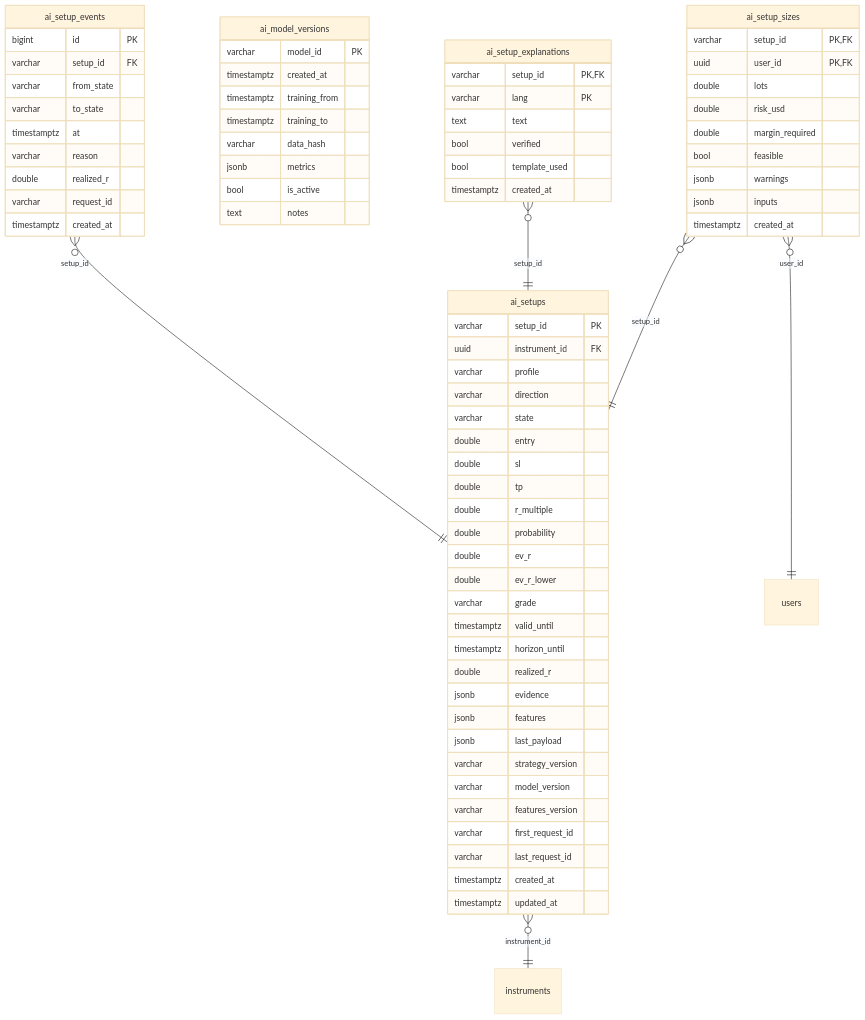
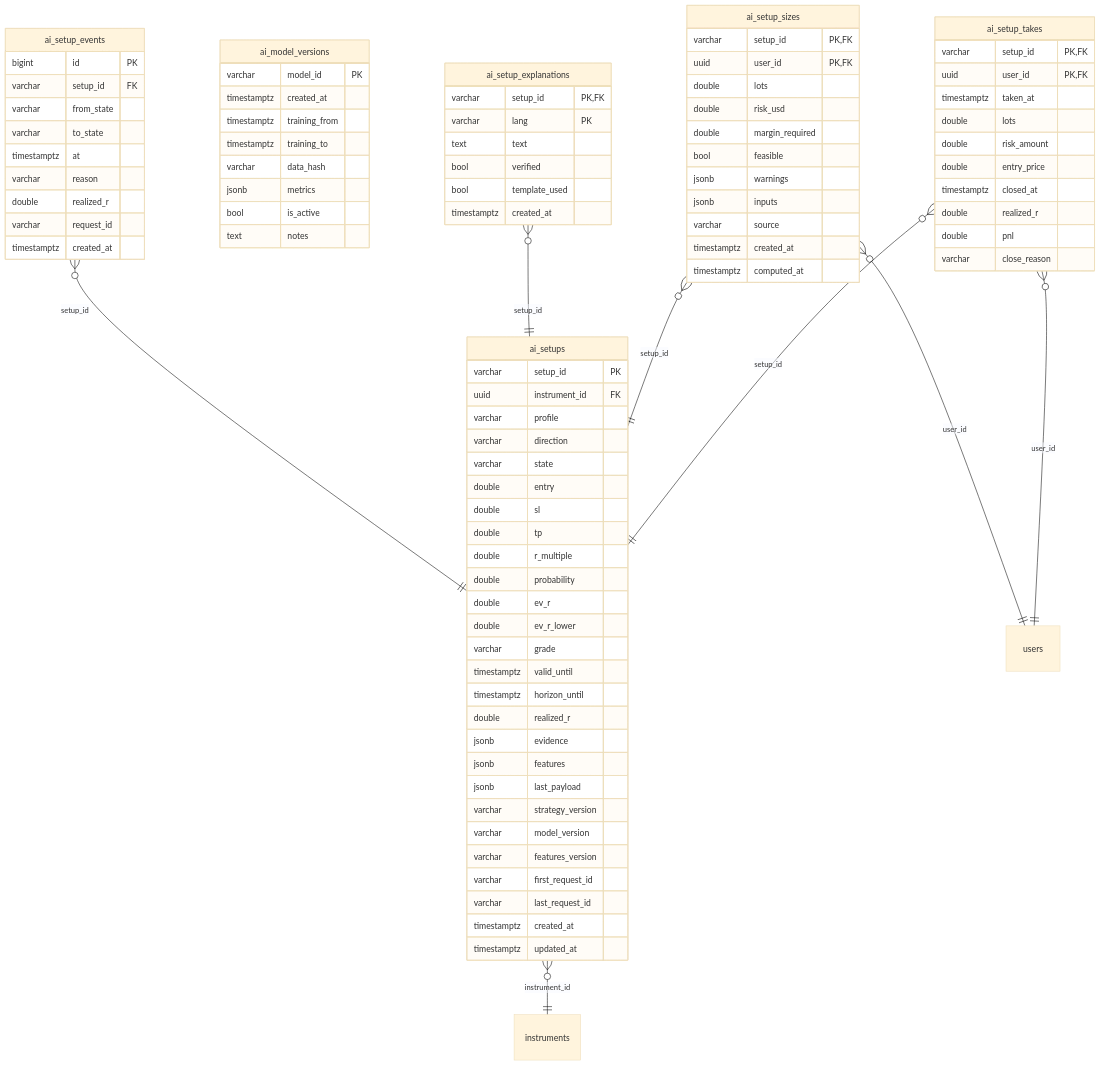
One commit to yazan-alsamman/ai-trading-analysis-system changed the diagram in docs/erd/mmd/ai.mmd. Above: the diagram before and after it, drawn with Mermaid (base theme). The commit also changed 16 other files, not shown here.

```diff
--- a/docs/erd/mmd/ai.mmd
+++ b/docs/erd/mmd/ai.mmd
@@ -1,76 +1,92 @@
 erDiagram
     ai_setups {
         varchar setup_id PK
         uuid instrument_id FK
         varchar profile
         varchar direction
         varchar state
         double entry
         double sl
         double tp
         double r_multiple
         double probability
         double ev_r
         double ev_r_lower
         varchar grade
         timestamptz valid_until
         timestamptz horizon_until
         double realized_r
         jsonb evidence
         jsonb features
         jsonb last_payload
         varchar strategy_version
         varchar model_version
         varchar features_version
         varchar first_request_id
         varchar last_request_id
         timestamptz created_at
         timestamptz updated_at
     }
     ai_setup_events {
         bigint id PK
         varchar setup_id FK
         varchar from_state
         varchar to_state
         timestamptz at
         varchar reason
         double realized_r
         varchar request_id
         timestamptz created_at
     }
     ai_model_versions {
         varchar model_id PK
         timestamptz created_at
         timestamptz training_from
         timestamptz training_to
         varchar data_hash
         jsonb metrics
         bool is_active
         text notes
     }
     ai_setup_sizes {
         varchar setup_id PK, FK
         uuid user_id PK, FK
         double lots
         double risk_usd
         double margin_required
         bool feasible
         jsonb warnings
         jsonb inputs
+        varchar source
         timestamptz created_at
+        timestamptz computed_at
+    }
+    ai_setup_takes {
+        varchar setup_id PK, FK
+        uuid user_id PK, FK
+        timestamptz taken_at
+        double lots
+        double risk_amount
+        double entry_price
+        timestamptz closed_at
+        double realized_r
+        double pnl
+        varchar close_reason
     }
     ai_setup_explanations {
         varchar setup_id PK, FK
         varchar lang PK
         text text
         bool verified
         bool template_used
         timestamptz created_at
     }
     instruments
     users
     ai_setup_events }o--|| ai_setups : "setup_id"
     ai_setup_explanations }o--|| ai_setups : "setup_id"
     ai_setup_sizes }o--|| ai_setups : "setup_id"
     ai_setup_sizes }o--|| users : "user_id"
+    ai_setup_takes }o--|| ai_setups : "setup_id"
+    ai_setup_takes }o--|| users : "user_id"
     ai_setups }o--|| instruments : "instrument_id"
```
